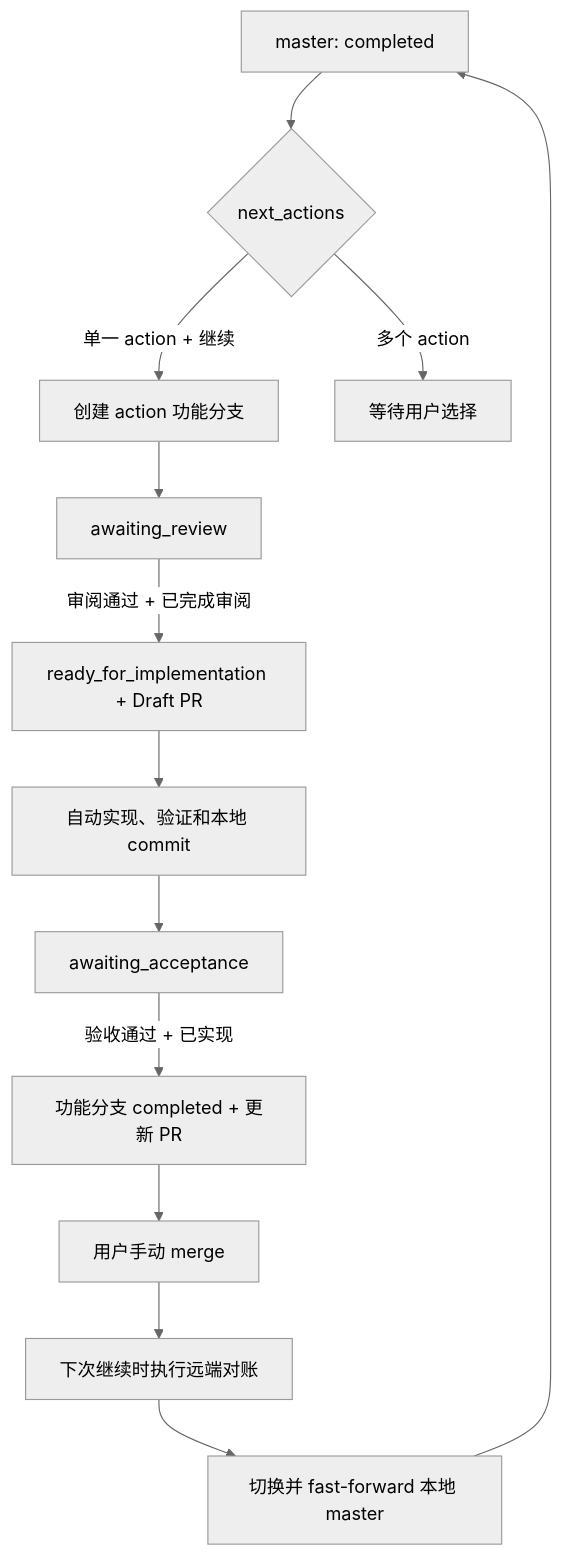
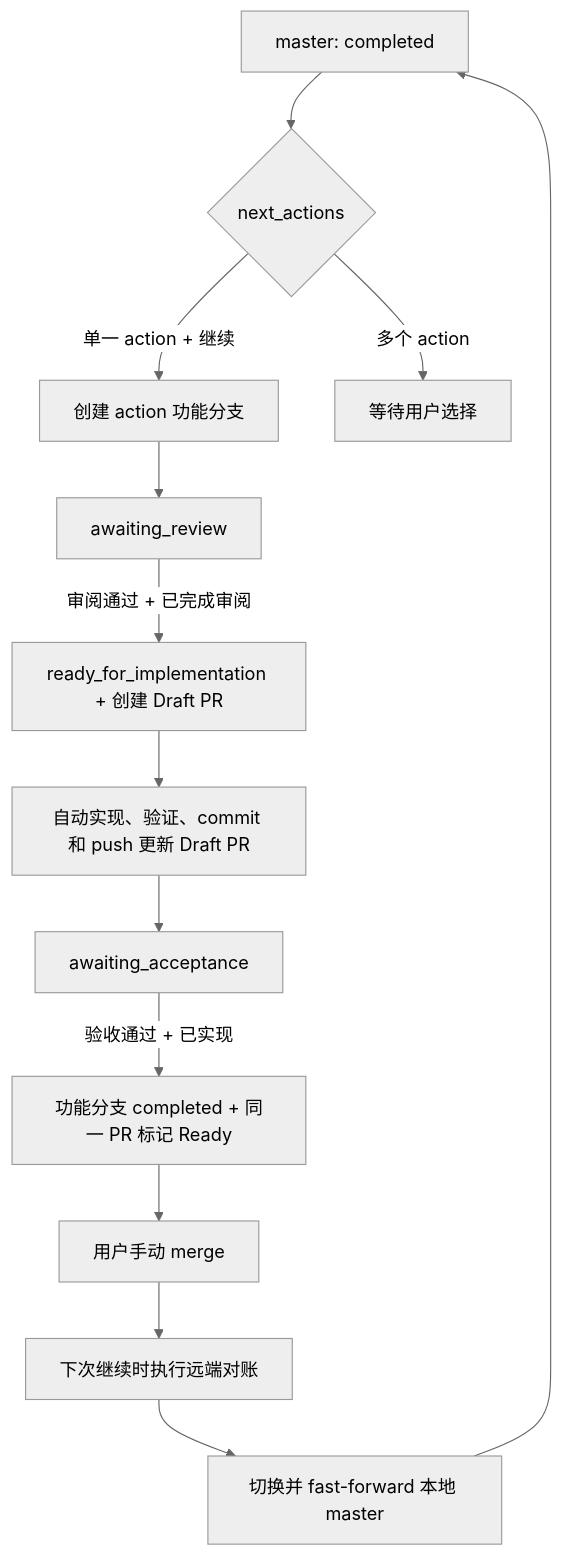
The first of 2 diagrams in docs/v1_docs/F01_项目初始化与开发_Harness/F01-S05_Agent_协作工作流与自动编排_步骤文档.md (xuOAO/ugdr), drawn with Mermaid (neutral theme) before and after one commit. The commit also changed other lines of this file and 2 other files, not shown here.

Commit message:
docs: approve F01-S05 implementation

````diff
--- a/docs/v1_docs/F01_项目初始化与开发_Harness/F01-S05_Agent_协作工作流与自动编排_步骤文档.md
+++ b/docs/v1_docs/F01_项目初始化与开发_Harness/F01-S05_Agent_协作工作流与自动编排_步骤文档.md
@@ -69,15 +69,15 @@
 ```mermaid
 flowchart TD
     A[master: completed] --> B{next_actions}
     B -->|单一 action + 继续| C[创建 action 功能分支]
     B -->|多个 action| X[等待用户选择]
     C --> D[awaiting_review]
-    D -->|审阅通过 + 已完成审阅| E[ready_for_implementation + Draft PR]
-    E --> F[自动实现、验证和本地 commit]
+    D -->|审阅通过 + 已完成审阅| E[ready_for_implementation + 创建 Draft PR]
+    E --> F[自动实现、验证、commit 和 push 更新 Draft PR]
     F --> G[awaiting_acceptance]
-    G -->|验收通过 + 已实现| H[功能分支 completed + 更新 PR]
+    G -->|验收通过 + 已实现| H[功能分支 completed + 同一 PR 标记 Ready]
     H --> I[用户手动 merge]
     I --> J[下次继续时执行远端对账]
     J --> K[切换并 fast-forward 本地 master]
     K --> A
 ```
````
